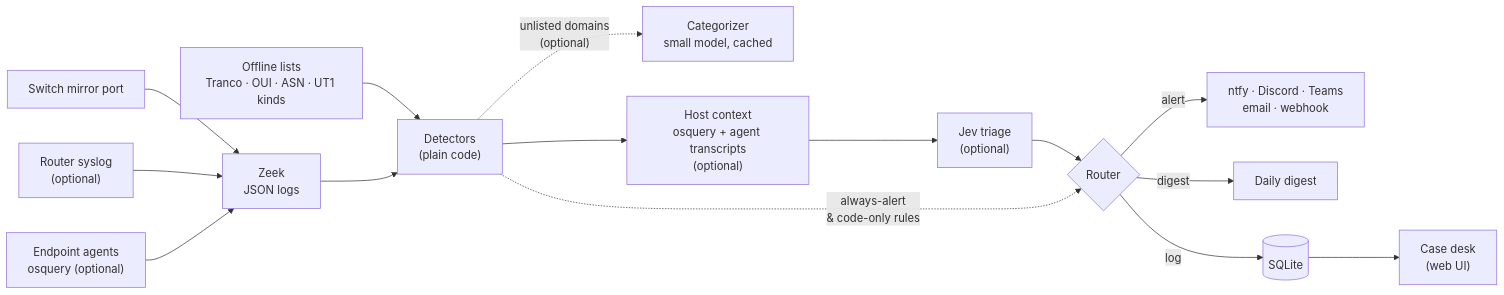
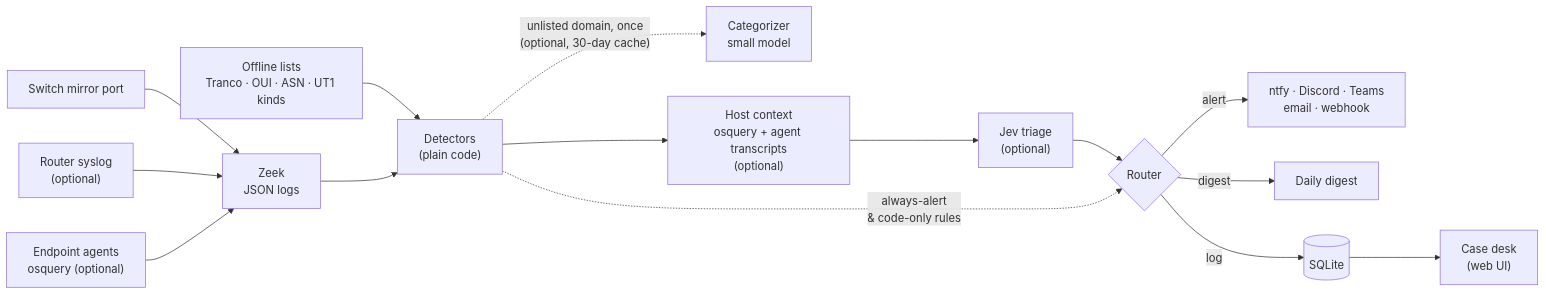
One commit to barnabys-drew/tapwatch changed the diagram in README.md. Above: the diagram before and after it, drawn with Mermaid. The commit also changed other lines of this file and 2 other files, not shown here.

First line of the commit message:
README: claims match the privacy section, RESULTS.md and the roadmap (review of #110)

````diff
--- a/README.md
+++ b/README.md
@@ -38,17 +39,17 @@
 ```mermaid
 flowchart LR
     M["Switch mirror port"] --> Z["Zeek<br/>JSON logs"]
     S["Router syslog<br/>(optional)"] --> Z
     A["Endpoint agents<br/>osquery (optional)"] --> Z
     L["Offline lists<br/>Tranco · OUI · ASN · UT1 kinds"] --> D
     Z --> D["Detectors<br/>(plain code)"]
-    D -. "unlisted domains<br/>(optional)" .-> C["Categorizer<br/>small model, cached"]
+    D -. "unlisted domain, once<br/>(optional, 30-day cache)" .-> C["Categorizer<br/>small model"]
     D --> H["Host context<br/>osquery + agent transcripts<br/>(optional)"]
     H --> J["Jev triage<br/>(optional)"]
     J --> R{"Router"}
     D -. "always-alert<br/>& code-only rules" .-> R
     R -->|alert| N["ntfy · Discord · Teams<br/>email · webhook"]
     R -->|digest| G["Daily digest"]
     R -->|log| DB[("SQLite")]
     DB --> UI["Case desk<br/>(web UI)"]
 ```
````
